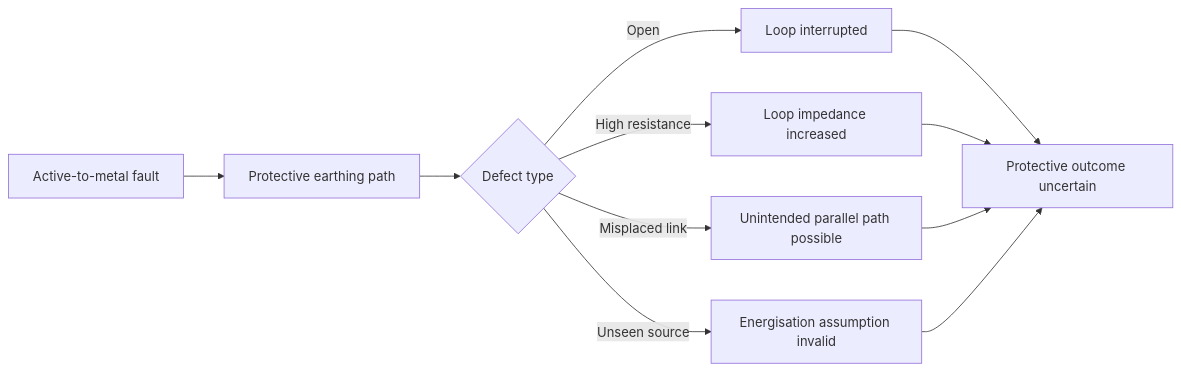
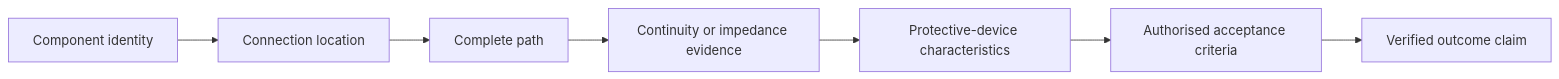
The second of 2 diagrams in docs/learning-plans/4-week/modules/day-06c-earthing-and-men-fault-scenarios.md (andrew3stedall/capstone), drawn with Mermaid before and after one commit. The commit also changed other lines of this file, not shown here.

Commit message:
docs: quality pass day 6c fault scenarios

````diff
--- a/docs/learning-plans/4-week/modules/day-06c-earthing-and-men-fault-scenarios.md
+++ b/docs/learning-plans/4-week/modules/day-06c-earthing-and-men-fault-scenarios.md
@@ -137,13 +159,9 @@
 ```mermaid
 flowchart LR
-    S["Active-to-metal fault"] --> PE["Protective earthing path"]
-    PE --> O{"Defect type"}
-    O -->|"Open"| A["Loop interrupted"]
-    O -->|"High resistance"| B["Loop impedance increased"]
-    O -->|"Misplaced link"| C["Unintended parallel path possible"]
-    O -->|"Unseen source"| D["Energisation assumption invalid"]
-    A --> R["Protective outcome uncertain"]
-    B --> R
-    C --> R
-    D --> R
+    A["Component identity"] --> B["Connection location"]
+    B --> C["Complete path"]
+    C --> D["Continuity or impedance evidence"]
+    D --> E["Protective-device characteristics"]
+    E --> F["Authorised acceptance criteria"]
+    F --> G["Verified outcome claim"]
 ```
````
